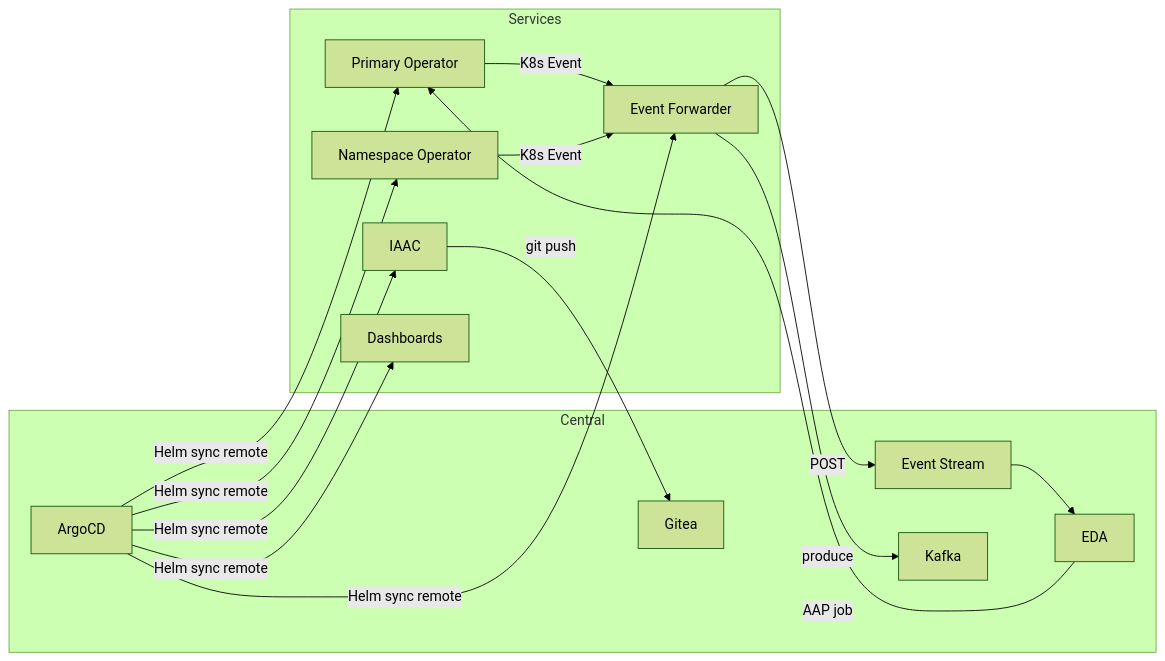
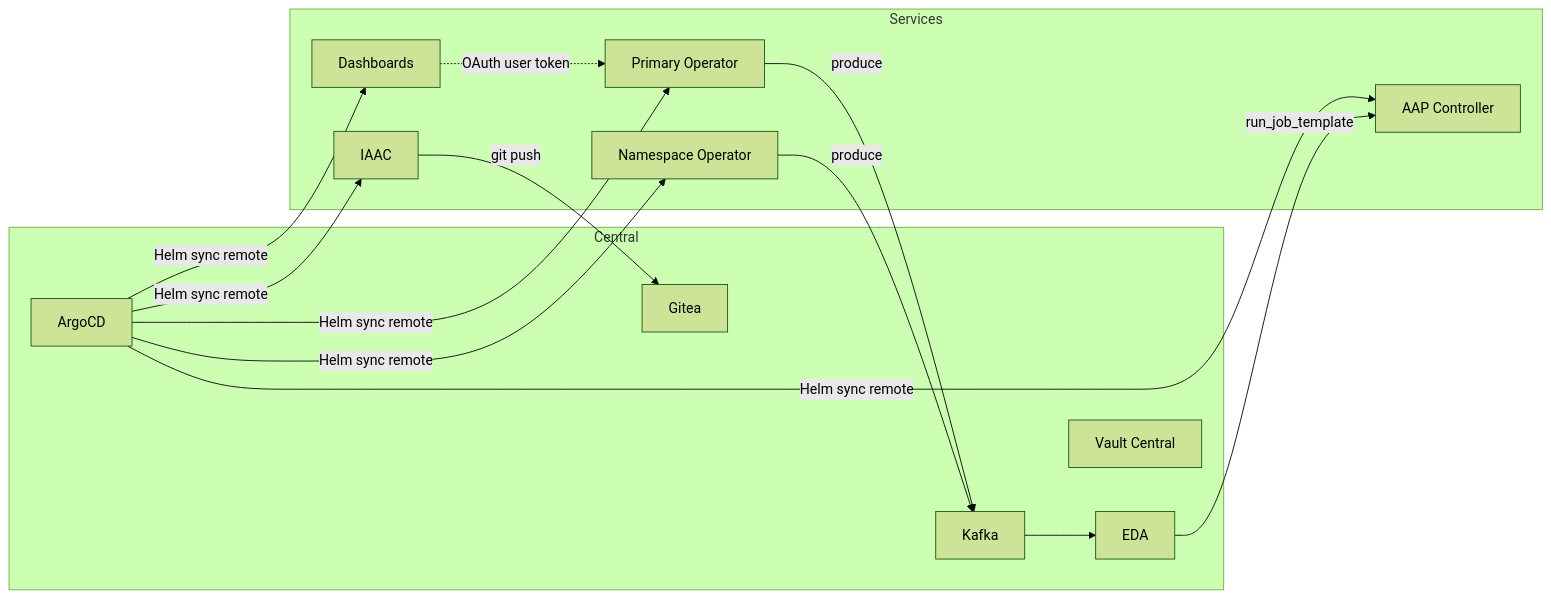
One commit to hybrid-sovereign-cloud/hybridcloud changed the third of 3 diagrams in architecture/docs/c4/containers.md. Above: the diagram before and after it, drawn with Mermaid (forest theme). The commit also changed other lines of this file and 157 other files, not shown here.

First line of the commit message:
docs: C4-first architecture cleanup, hardening retest, EDA/AMQ fixes

````diff
--- a/architecture/docs/c4/containers.md
+++ b/architecture/docs/c4/containers.md
@@ -130,32 +124,31 @@
 ```mermaid
 flowchart LR
     subgraph Central
         AG[ArgoCD]
         EDA[EDA]
-        ES[Event Stream]
         GI[Gitea]
         KF[Kafka]
+        VC[Vault Central]
     end
 
     subgraph Services
         PO[Primary Operator]
         NO[Namespace Operator]
-        EF[Event Forwarder]
         IA[IAAC]
         UI[Dashboards]
+        AC[AAP Controller]
     end
 
     AG -->|Helm sync remote| PO
     AG -->|Helm sync remote| NO
-    AG -->|Helm sync remote| EF
     AG -->|Helm sync remote| IA
     AG -->|Helm sync remote| UI
+    AG -->|Helm sync remote| AC
 
-    PO -->|K8s Event| EF
-    NO -->|K8s Event| EF
-    EF -->|POST| ES
-    EF -->|produce| KF
-    ES --> EDA
-    EDA -->|AAP job| PO
+    PO -->|produce| KF
+    NO -->|produce| KF
+    KF --> EDA
+    EDA -->|run_job_template| AC
     IA -->|git push| GI
+    UI -.->|OAuth user token| PO
 ```
````
